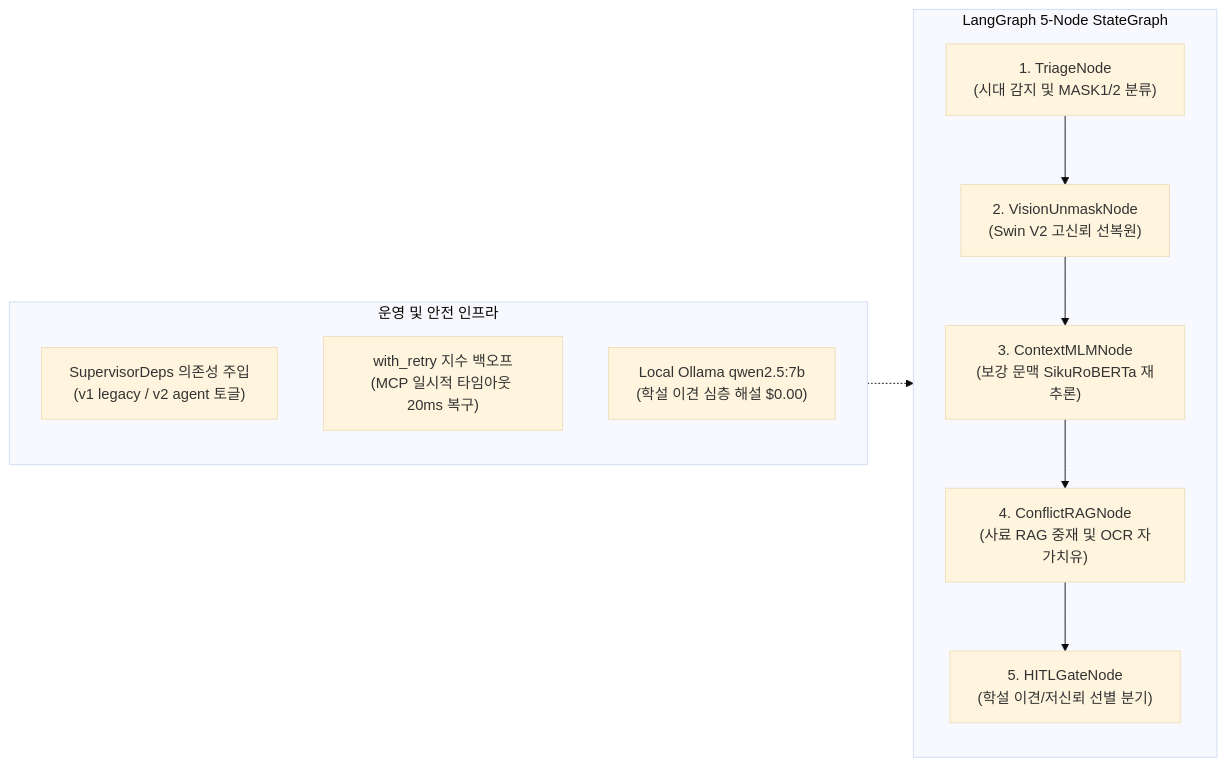
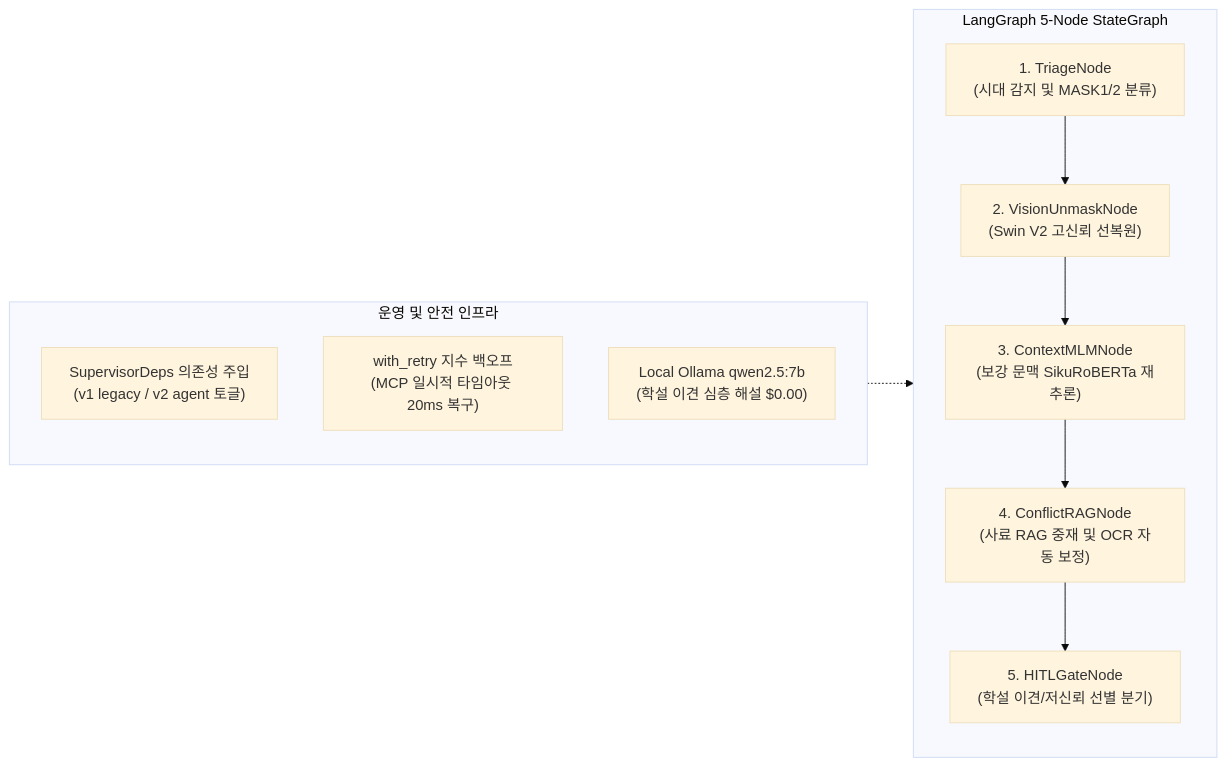
Before and after one commit to rntqkdl/epitext-ai-agent: the second of 2 diagrams in README.md, drawn with Mermaid (base theme). The commit also changed other lines of this file and 5 other files, not shown here.

````diff
--- a/README.md
+++ b/README.md
@@ -126,17 +120,17 @@
 ```mermaid
 flowchart LR
     subgraph Core["LangGraph 5-Node StateGraph"]
         N1["1. TriageNode\n(시대 감지 및 MASK1/2 분류)"] --> N2["2. VisionUnmaskNode\n(Swin V2 고신뢰 선복원)"]
         N2 --> N3["3. ContextMLMNode\n(보강 문맥 SikuRoBERTa 재추론)"]
-        N3 --> N4["4. ConflictRAGNode\n(사료 RAG 중재 및 OCR 자가치유)"]
+        N3 --> N4["4. ConflictRAGNode\n(사료 RAG 중재 및 OCR 자동 보정)"]
         N4 --> N5["5. HITLGateNode\n(학설 이견/저신뢰 선별 분기)"]
     end
 
     subgraph Infra["운영 및 안전 인프라"]
         I1["SupervisorDeps 의존성 주입\n(v1 legacy / v2 agent 토글)"]
         I2["with_retry 지수 백오프\n(MCP 일시적 타임아웃 20ms 복구)"]
         I3["Local Ollama qwen2.5:7b\n(학설 이견 심층 해설 $0.00)"]
     end
 
     Infra -.-> Core
 ```
````
